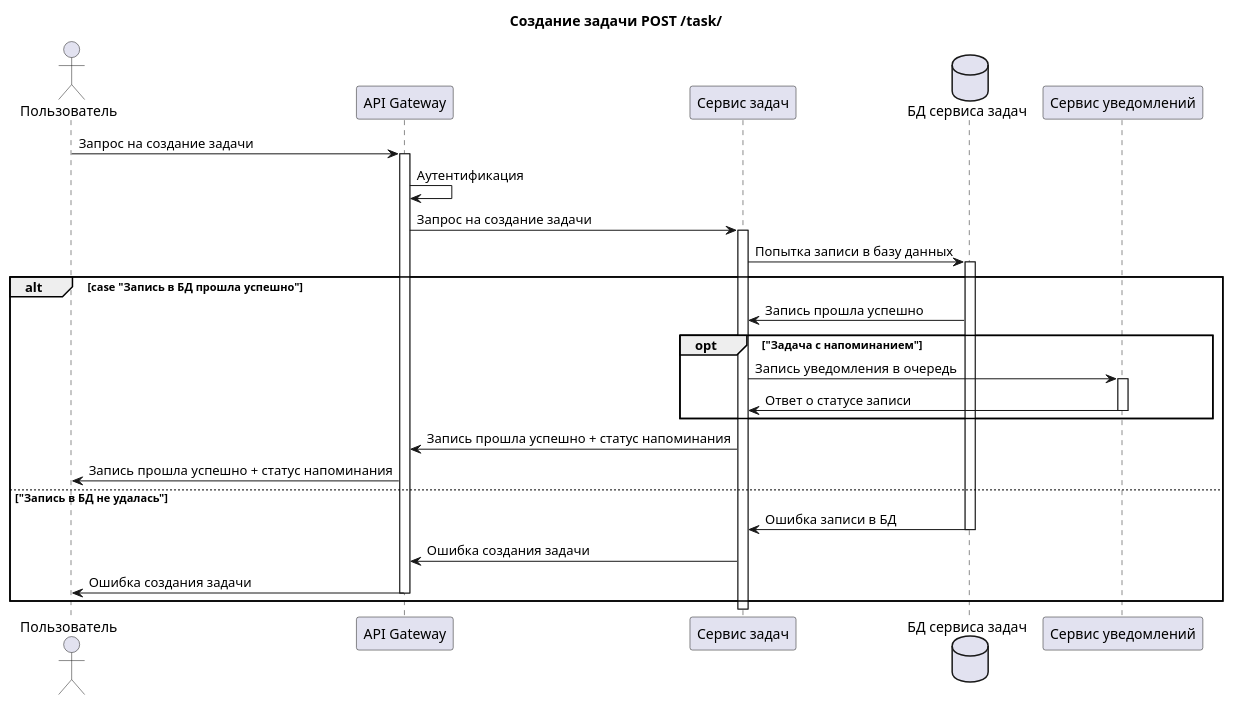
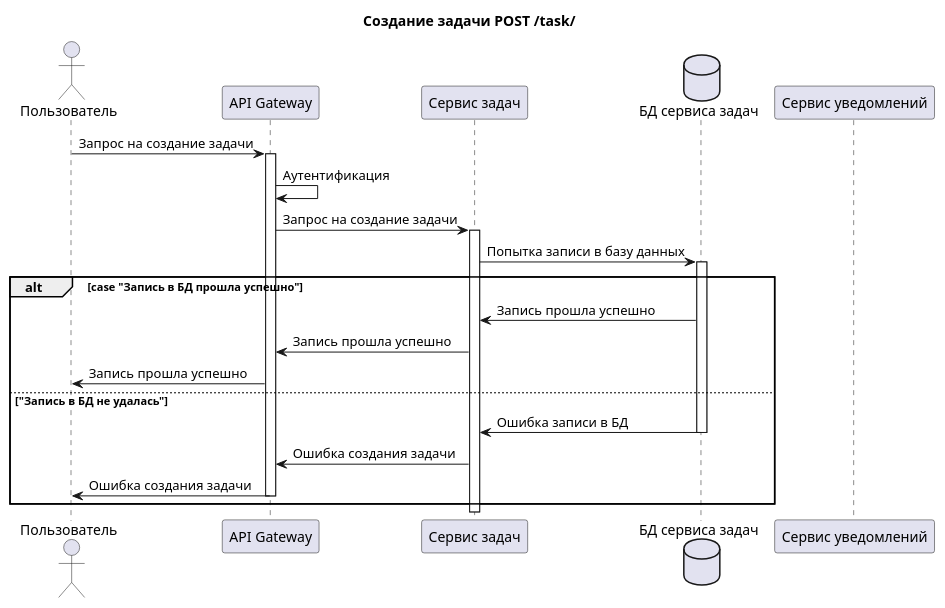
The diagram in Диаграммы последовательностей/Создание задачи.md (yn96k/task-tracker), drawn with PlantUML before and after one commit. The commit also changed other lines of this file, not shown here.

Commit message:
Update Создание задачи.md

````diff
--- a/Диаграммы последовательностей/Создание задачи.md
+++ b/Диаграммы последовательностей/Создание задачи.md
@@ -6,32 +7,27 @@
 ```plantuml
 title "Создание задачи POST /task/"
 
 actor user as "Пользователь"
 
 participant apiGateway as "API Gateway"
 participant taskService as "Сервис задач"
 database taskService_db as "БД сервиса задач"
 participant notif_service as "Сервис уведомлений"
 
 user -> apiGateway++: Запрос на создание задачи
 apiGateway -> apiGateway: Аутентификация
 
 apiGateway -> taskService++: Запрос на создание задачи
 taskService -> taskService_db++: Попытка записи в базу данных
 
 alt case "Запись в БД прошла успешно"
 taskService <- taskService_db: Запись прошла успешно
 
-opt "Задача с напоминанием"
-    taskService -> notif_service++: Запись уведомления в очередь
-    taskService <- notif_service--: Ответ о статусе записи
-end
-
-apiGateway <- taskService: Запись прошла успешно + статус напоминания
-user <- apiGateway: Запись прошла успешно + статус напоминания
+apiGateway <- taskService: Запись прошла успешно
+user <- apiGateway: Запись прошла успешно
 else "Запись в БД не удалась"
 taskService <- taskService_db--: Ошибка записи в БД
 apiGateway <- taskService: Ошибка создания задачи
 user <- apiGateway--: Ошибка создания задачи
 end
 ```
````
